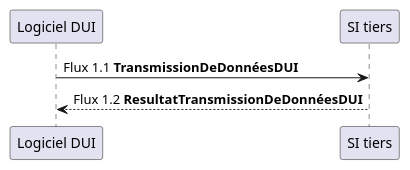
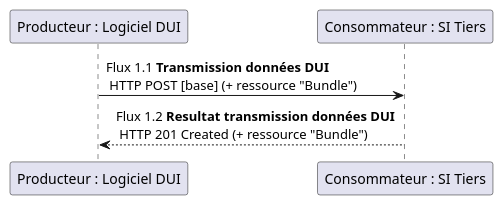
The diagram in input/images-source/flux1.plantuml (ansforge/IG-fhir-medicosocial-transfert-donnees-dui), drawn with PlantUML before and after one commit. The commit also changed 15 other files, not shown here.

```diff
--- a/input/images-source/flux1.plantuml
+++ b/input/images-source/flux1.plantuml
@@ -1,6 +1,5 @@
 @startuml
 
-"Logiciel DUI" -> "SI tiers" : Flux 1.1 **TransmissionDeDonnéesDUI**
-"Logiciel DUI" <-- "SI tiers" : Flux 1.2 **ResultatTransmissionDeDonnéesDUI**
-
+"Producteur : Logiciel DUI" -> "Consommateur : SI Tiers" : Flux 1.1 **Transmission données DUI** \n HTTP POST [base] (+ ressource "Bundle")
+"Producteur : Logiciel DUI" <-- "Consommateur : SI Tiers" : Flux 1.2 **Resultat transmission données DUI** \n HTTP 201 Created (+ ressource "Bundle")
 @enduml
```
